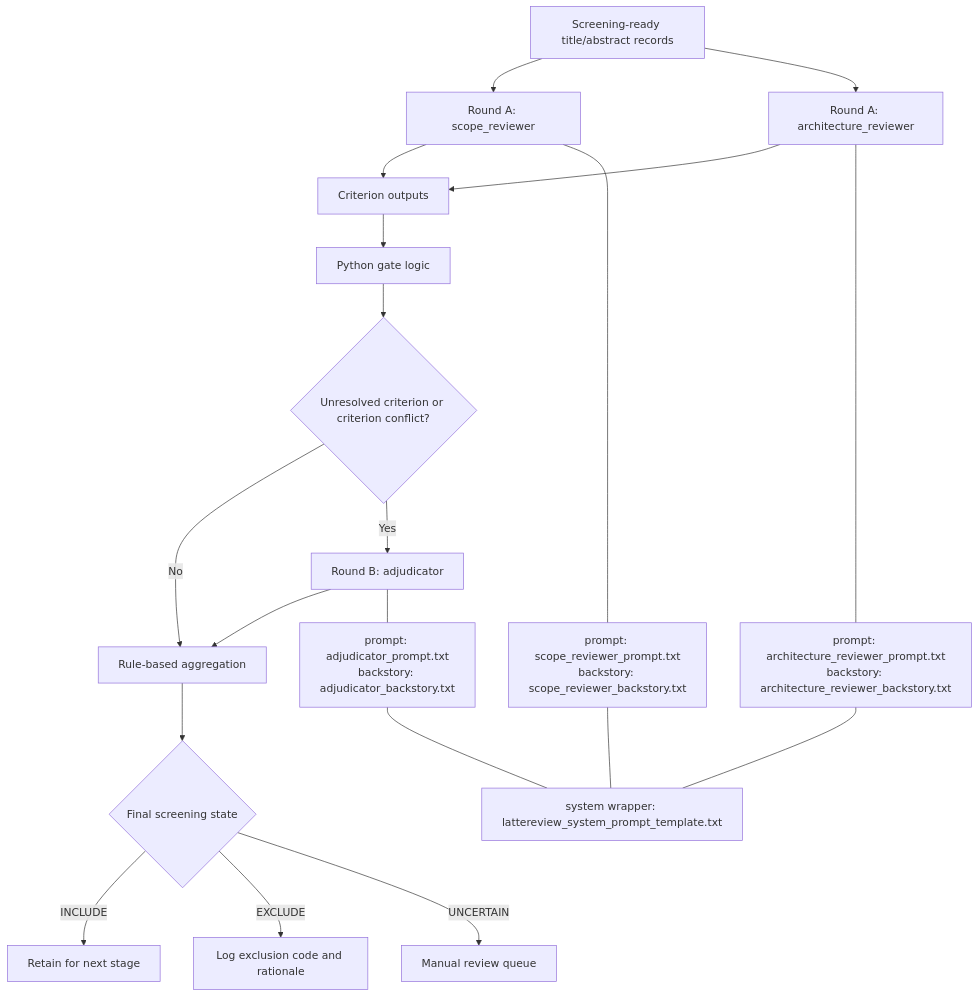
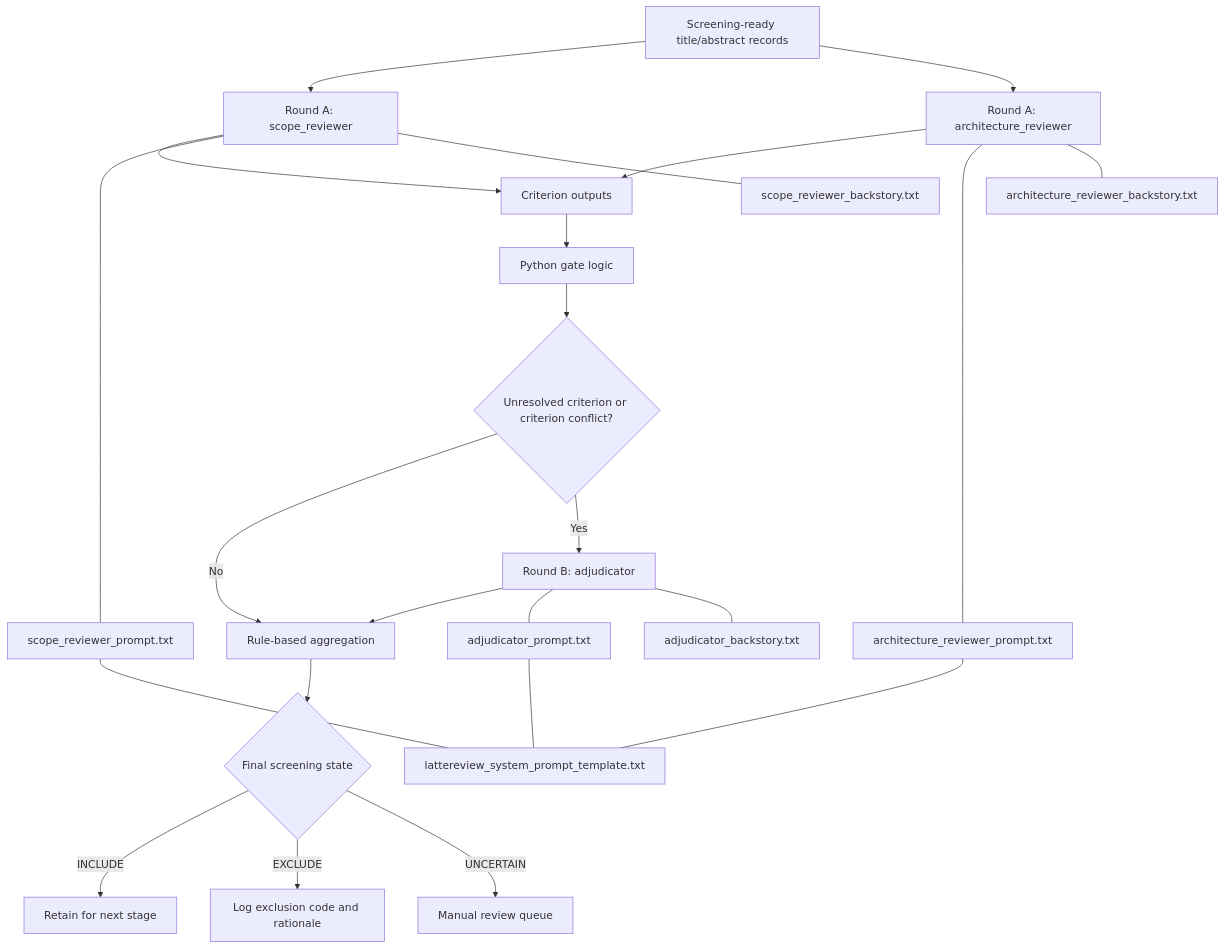
One commit to BogdanDidenko/text-bio-fundational-models-review changed the diagram in README.md. Above: the diagram before and after it, drawn with Mermaid.

Commit message:
Try clickable prompt links in topology graph

````diff
--- a/README.md
+++ b/README.md
@@ -82,23 +82,34 @@
 ```mermaid
 flowchart TD
     A["Screening-ready title/abstract records"] --> B["Round A: scope_reviewer"]
     A --> C["Round A: architecture_reviewer"]
     B --> D["Criterion outputs"]
     C --> D
     D --> E["Python gate logic"]
     E --> F{"Unresolved criterion or criterion conflict?"}
     F -- "No" --> G["Rule-based aggregation"]
     F -- "Yes" --> H["Round B: adjudicator"]
     H --> G
     G --> I{"Final screening state"}
     I -- "INCLUDE" --> J["Retain for next stage"]
     I -- "EXCLUDE" --> K["Log exclusion code and rationale"]
     I -- "UNCERTAIN" --> L["Manual review queue"]
 
-    B --- Bp["prompt: scope_reviewer_prompt.txt<br/>backstory: scope_reviewer_backstory.txt"]
-    C --- Cp["prompt: architecture_reviewer_prompt.txt<br/>backstory: architecture_reviewer_backstory.txt"]
-    H --- Hp["prompt: adjudicator_prompt.txt<br/>backstory: adjudicator_backstory.txt"]
-    Bp --- Sp["system wrapper: lattereview_system_prompt_template.txt"]
+    B --- Bp["scope_reviewer_prompt.txt"]
+    B --- Bb["scope_reviewer_backstory.txt"]
+    C --- Cp["architecture_reviewer_prompt.txt"]
+    C --- Cb["architecture_reviewer_backstory.txt"]
+    H --- Hp["adjudicator_prompt.txt"]
+    H --- Hb["adjudicator_backstory.txt"]
+    Bp --- Sp["lattereview_system_prompt_template.txt"]
     Cp --- Sp
     Hp --- Sp
+
+    click Bp href "protocol/screening_prompt_templates/scope_reviewer_prompt.txt" "Open scope reviewer prompt"
+    click Bb href "protocol/screening_prompt_templates/scope_reviewer_backstory.txt" "Open scope reviewer backstory"
+    click Cp href "protocol/screening_prompt_templates/architecture_reviewer_prompt.txt" "Open architecture reviewer prompt"
+    click Cb href "protocol/screening_prompt_templates/architecture_reviewer_backstory.txt" "Open architecture reviewer backstory"
+    click Hp href "protocol/screening_prompt_templates/adjudicator_prompt.txt" "Open adjudicator prompt"
+    click Hb href "protocol/screening_prompt_templates/adjudicator_backstory.txt" "Open adjudicator backstory"
+    click Sp href "protocol/screening_prompt_templates/lattereview_system_prompt_template.txt" "Open LatteReview system wrapper template"
 ```
````
